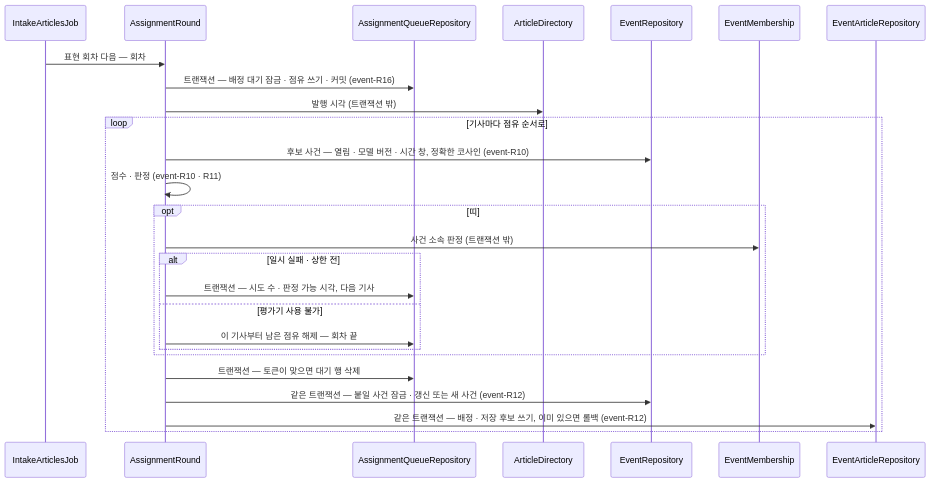
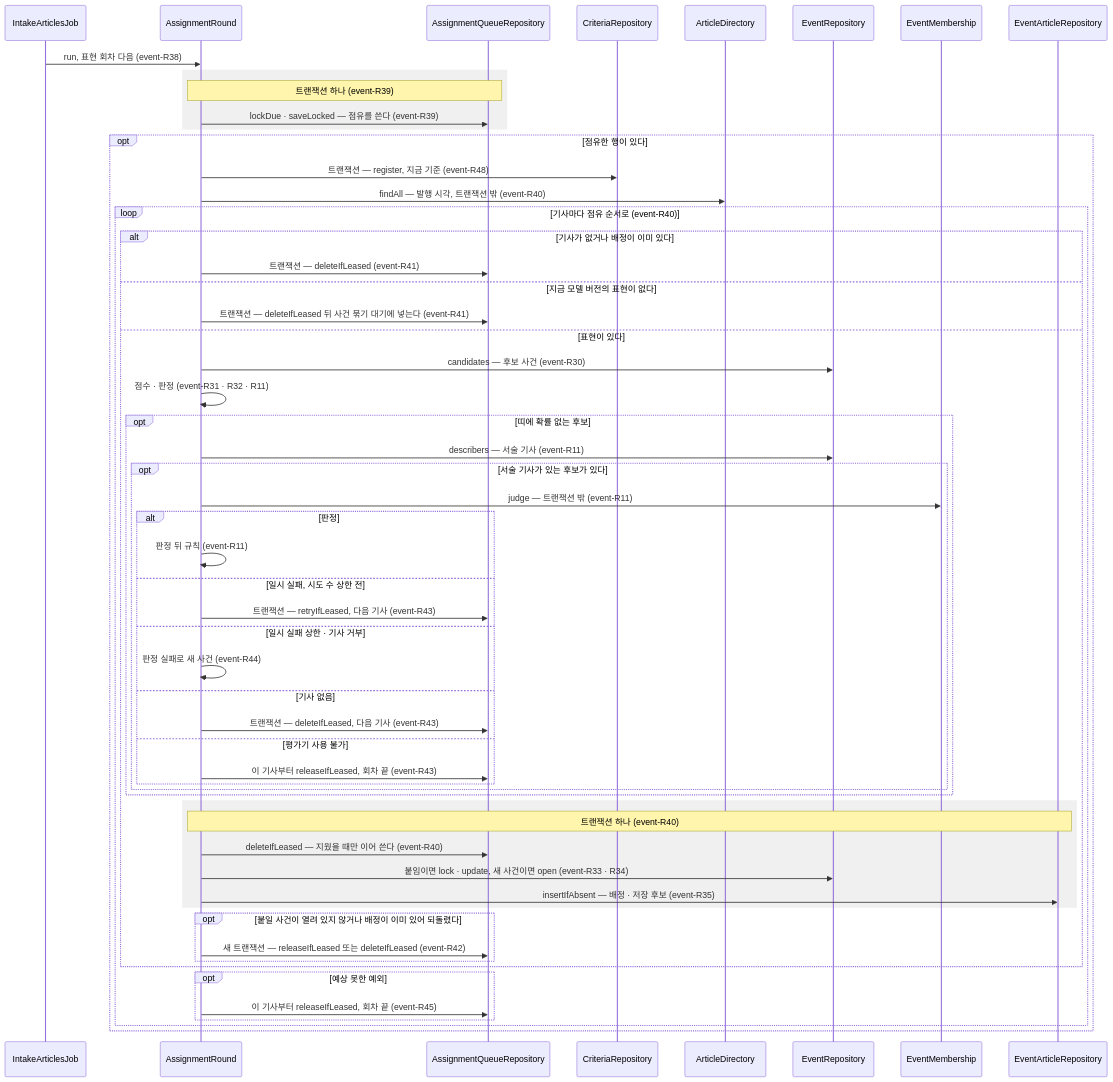
One commit to Theia0382/yozm-news changed the second of 6 diagrams in docs/specs/event.md. Above: the diagram before and after it, drawn with Mermaid. The commit also changed other lines of this file, not shown here.

First line of the commit message:
docs: event Spec 다시 쓰기 — 규칙 쪼개기 · 시퀀스 그림

````diff
--- a/docs/specs/event.md
+++ b/docs/specs/event.md
@@ -378,29 +421,60 @@
 ```mermaid
 sequenceDiagram
     participant J as IntakeArticlesJob
     participant R as AssignmentRound
     participant Q as AssignmentQueueRepository
+    participant C as CriteriaRepository
     participant A as ArticleDirectory
     participant V as EventRepository
     participant M as EventMembership
     participant B as EventArticleRepository
 
-    J->>R: 표현 회차 다음 — 회차
-    R->>Q: 트랜잭션 — 배정 대기 잠금 · 점유 쓰기 · 커밋 (event-R16)
-    R->>A: 발행 시각 (트랜잭션 밖)
-    loop 기사마다 점유 순서로
-        R->>V: 후보 사건 — 열림 · 모델 버전 · 시간 창, 정확한 코사인 (event-R10)
-        R->>R: 점수 · 판정 (event-R10 · R11)
-        opt 띠
-            R->>M: 사건 소속 판정 (트랜잭션 밖)
-            alt 일시 실패 · 상한 전
-                R->>Q: 트랜잭션 — 시도 수 · 판정 가능 시각, 다음 기사
-            else 평가기 사용 불가
-                R->>Q: 이 기사부터 남은 점유 해제 — 회차 끝
+    J->>R: run, 표현 회차 다음 (event-R38)
+    rect rgba(128, 128, 128, 0.12)
+    Note over R,Q: 트랜잭션 하나 (event-R39)
+    R->>Q: lockDue · saveLocked — 점유를 쓴다 (event-R39)
+    end
+    opt 점유한 행이 있다
+        R->>C: 트랜잭션 — register, 지금 기준 (event-R48)
+        R->>A: findAll — 발행 시각, 트랜잭션 밖 (event-R40)
+        loop 기사마다 점유 순서로 (event-R40)
+            alt 기사가 없거나 배정이 이미 있다
+                R->>Q: 트랜잭션 — deleteIfLeased (event-R41)
+            else 지금 모델 버전의 표현이 없다
+                R->>Q: 트랜잭션 — deleteIfLeased 뒤 사건 묶기 대기에 넣는다 (event-R41)
+            else 표현이 있다
+                R->>V: candidates — 후보 사건 (event-R30)
+                R->>R: 점수 · 판정 (event-R31 · R32 · R11)
+                opt 띠에 확률 없는 후보
+                    R->>V: describers — 서술 기사 (event-R11)
+                    opt 서술 기사가 있는 후보가 있다
+                        R->>M: judge — 트랜잭션 밖 (event-R11)
+                        alt 판정
+                            R->>R: 판정 뒤 규칙 (event-R11)
+                        else 일시 실패, 시도 수 상한 전
+                            R->>Q: 트랜잭션 — retryIfLeased, 다음 기사 (event-R43)
+                        else 일시 실패 상한 · 기사 거부
+                            R->>R: 판정 실패로 새 사건 (event-R44)
+                        else 기사 없음
+                            R->>Q: 트랜잭션 — deleteIfLeased, 다음 기사 (event-R43)
+                        else 평가기 사용 불가
+                            R->>Q: 이 기사부터 releaseIfLeased, 회차 끝 (event-R43)
+                        end
+                    end
+                end
+                rect rgba(128, 128, 128, 0.12)
+                Note over R,B: 트랜잭션 하나 (event-R40)
+                R->>Q: deleteIfLeased — 지웠을 때만 이어 쓴다 (event-R40)
+                R->>V: 붙임이면 lock · update, 새 사건이면 open (event-R33 · R34)
+                R->>B: insertIfAbsent — 배정 · 저장 후보 (event-R35)
+                end
+                opt 붙일 사건이 열려 있지 않거나 배정이 이미 있어 되돌렸다
+                    R->>Q: 새 트랜잭션 — releaseIfLeased 또는 deleteIfLeased (event-R42)
+                end
+            end
+            opt 예상 못한 예외
+                R->>Q: 이 기사부터 releaseIfLeased, 회차 끝 (event-R45)
             end
         end
-        R->>Q: 트랜잭션 — 토큰이 맞으면 대기 행 삭제
-        R->>V: 같은 트랜잭션 — 붙일 사건 잠금 · 갱신 또는 새 사건 (event-R12)
-        R->>B: 같은 트랜잭션 — 배정 · 저장 후보 쓰기, 이미 있으면 롤백 (event-R12)
     end
 ```
````
